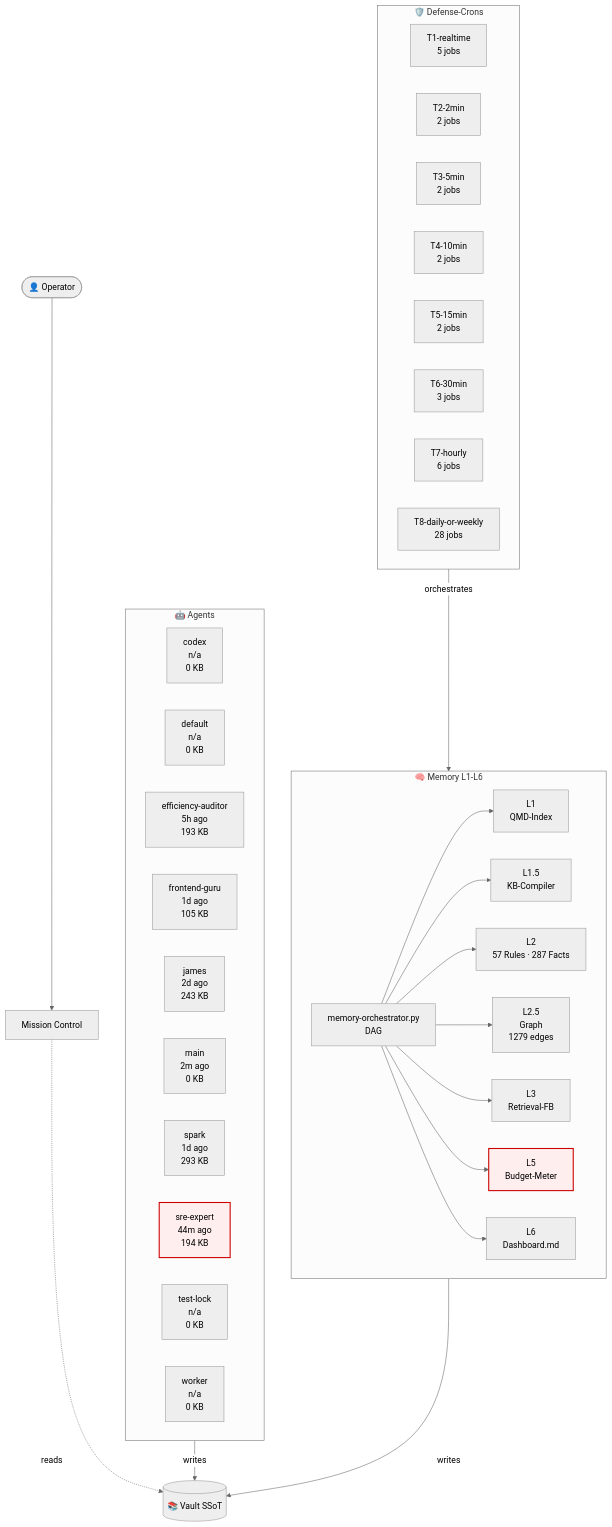
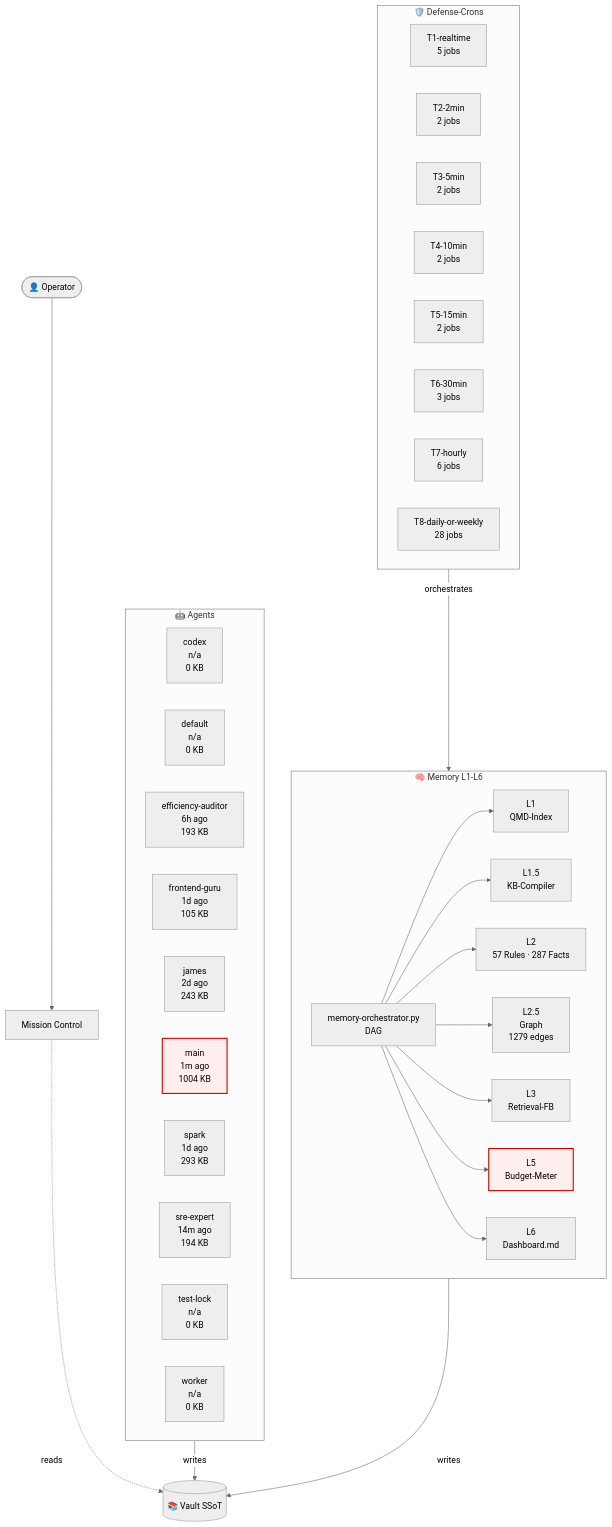
The diagram in 03-Agents/architecture-live.md (lenardhuebner88-rgb/openclaw-memory), drawn with Mermaid (neutral theme) before and after one commit. The commit also changed other lines of this file and 16 other files, not shown here.

````diff
--- a/03-Agents/architecture-live.md
+++ b/03-Agents/architecture-live.md
@@ -18,53 +18,53 @@
 ```mermaid
 flowchart TB
     classDef critical fill:#fee,stroke:#c00,stroke-width:2px;
     subgraph AGT["🤖 Agents"]
         agent_codex["codex<br/>n/a<br/>0 KB"]
         agent_default["default<br/>n/a<br/>0 KB"]
-        agent_efficiency_auditor["efficiency-auditor<br/>5h ago<br/>193 KB"]
+        agent_efficiency_auditor["efficiency-auditor<br/>6h ago<br/>193 KB"]
         agent_frontend_guru["frontend-guru<br/>1d ago<br/>105 KB"]
         agent_james["james<br/>2d ago<br/>243 KB"]
-        agent_main["main<br/>2m ago<br/>0 KB"]
+        agent_main["main<br/>1m ago<br/>1004 KB"]
         agent_spark["spark<br/>1d ago<br/>293 KB"]
-        agent_sre_expert["sre-expert<br/>44m ago<br/>194 KB"]
+        agent_sre_expert["sre-expert<br/>14m ago<br/>194 KB"]
         agent_test_lock["test-lock<br/>n/a<br/>0 KB"]
         agent_worker["worker<br/>n/a<br/>0 KB"]
     end
     subgraph MEM["🧠 Memory L1-L6"]
         L1["L1<br/>QMD-Index"]
         L15["L1.5<br/>KB-Compiler"]
         L2["L2<br/>57 Rules · 287 Facts"]
         L25["L2.5<br/>Graph<br/>1279 edges"]
         L3["L3<br/>Retrieval-FB"]
         L5["L5<br/>Budget-Meter"]
         L6["L6<br/>Dashboard.md"]
         ORCH["memory-orchestrator.py<br/>DAG"]
     end
     subgraph CRN["🛡️ Defense-Crons"]
         tier_T1_realtime["T1-realtime<br/>5 jobs"]
         tier_T2_2min["T2-2min<br/>2 jobs"]
         tier_T3_5min["T3-5min<br/>2 jobs"]
         tier_T4_10min["T4-10min<br/>2 jobs"]
         tier_T5_15min["T5-15min<br/>2 jobs"]
         tier_T6_30min["T6-30min<br/>3 jobs"]
         tier_T7_hourly["T7-hourly<br/>6 jobs"]
         tier_T8_daily_or_weekly["T8-daily-or-weekly<br/>28 jobs"]
     end
     VAULT[("📚 Vault SSoT")]
     OP([👤 Operator])
     MC["Mission Control"]
     OP --> MC
     MC -.reads.-> VAULT
     AGT -->|writes| VAULT
     MEM -->|writes| VAULT
     ORCH --> L1
     ORCH --> L15
     ORCH --> L2
     ORCH --> L25
     ORCH --> L3
     ORCH --> L5
     ORCH --> L6
     CRN -->|orchestrates| MEM
     class L5 critical
-    class agent_sre_expert critical
+    class agent_main critical
 ```
````
